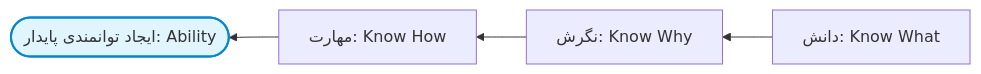
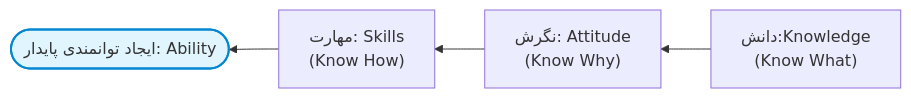
Before and after one commit to neopulse-hub/-TUMS-1402-2-material-notes-: the first of 5 diagrams in 05/بهداشت خانواده/خلاصه/06-10.md, drawn with Mermaid. The commit also changed other lines of this file, not shown here.

````diff
--- a/05/بهداشت خانواده/خلاصه/06-10.md
+++ b/05/بهداشت خانواده/خلاصه/06-10.md
@@ -63,9 +37,9 @@
 ```mermaid
 flowchart RL
-    K[دانش: Know What] --> A[نگرش: Know Why]
-    A --> S[مهارت: Know How]
-    S --> AB([ایجاد توانمندی پایدار: Ability])
+    K["دانش:Knowledge<br>(Know What)"] --> A["نگرش: Attitude<br>(Know Why)"]
+    A --> S["مهارت: Skills<br>(Know How)"]
+    S --> AB(["ایجاد توانمندی پایدار: Ability"])
     
     style AB fill:#e1f5fe,stroke:#0288d1,stroke-width:2px;
 
 ```
````
